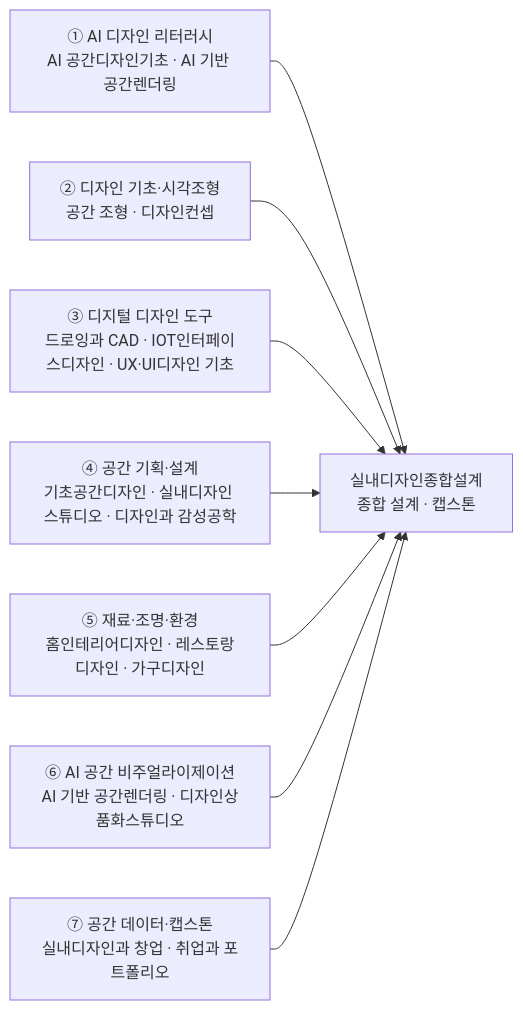
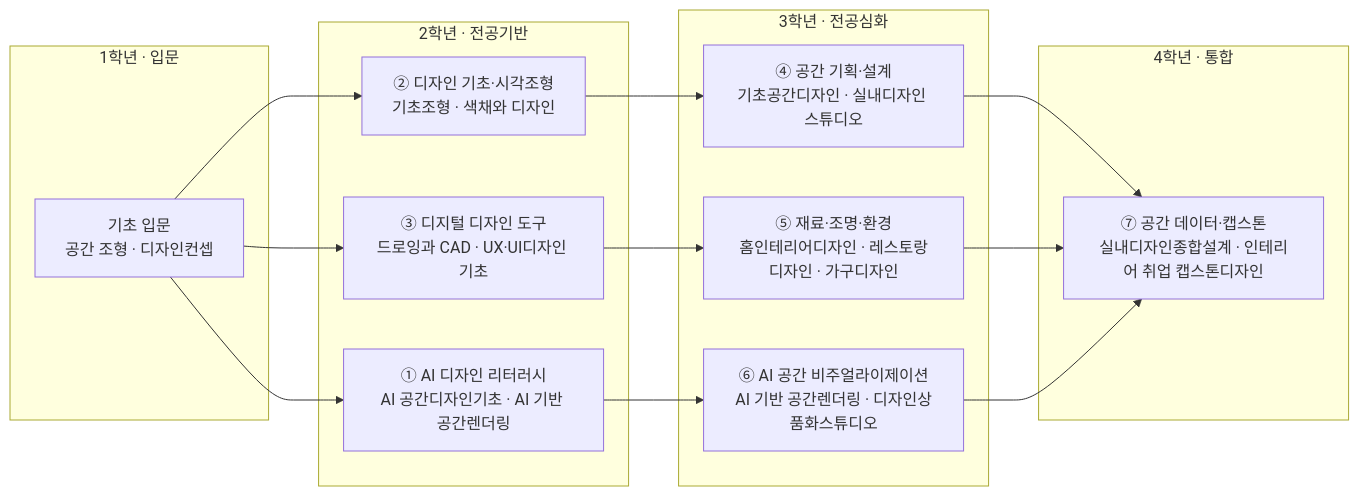
One commit to parclab-hsu/ai-curriculum-2026 changed the diagram in docs/design/interior-design.md. Above: the diagram before and after it, drawn with Mermaid. The commit also changed other lines of this file and 22 other files, not shown here.

First line of the commit message:
모듈 다이어그램 강화 — 1~4학년 로드맵 + 모듈-역량 매핑 (23개 트랙)

````diff
--- a/docs/design/interior-design.md
+++ b/docs/design/interior-design.md
@@ -110,11 +110,28 @@
 ```mermaid
 flowchart LR
-  M1["① AI 디자인 리터러시<br/>AI 공간디자인기초 · AI 기반 공간렌더링"] --> CAP
-  M2["② 디자인 기초·시각조형<br/>공간 조형 · 디자인컨셉"] --> CAP
-  M3["③ 디지털 디자인 도구<br/>드로잉과 CAD · IOT인터페이스디자인 · UX·UI디자인 기초"] --> CAP
-  M4["④ 공간 기획·설계<br/>기초공간디자인 · 실내디자인 스튜디오 · 디자인과 감성공학"] --> CAP
-  M5["⑤ 재료·조명·환경<br/>홈인테리어디자인 · 레스토랑디자인 · 가구디자인"] --> CAP
-  M6["⑥ AI 공간 비주얼라이제이션<br/>AI 기반 공간렌더링 · 디자인상품화스튜디오"] --> CAP
-  M7["⑦ 공간 데이터·캡스톤<br/>실내디자인과 창업 · 취업과 포트폴리오"] --> CAP
-  CAP["실내디자인종합설계<br/>종합 설계 · 캡스톤"]
+  subgraph Y1["1학년 · 입문"]
+    A0["기초 입문<br/>공간 조형 · 디자인컨셉"]
+  end
+  subgraph Y2["2학년 · 전공기반"]
+    M1["① AI 디자인 리터러시<br/>AI 공간디자인기초 · AI 기반 공간렌더링"]
+    M2["② 디자인 기초·시각조형<br/>기초조형 · 색채와 디자인"]
+    M3["③ 디지털 디자인 도구<br/>드로잉과 CAD · UX·UI디자인 기초"]
+  end
+  subgraph Y3["3학년 · 전공심화"]
+    M4["④ 공간 기획·설계<br/>기초공간디자인 · 실내디자인 스튜디오"]
+    M5["⑤ 재료·조명·환경<br/>홈인테리어디자인 · 레스토랑디자인 · 가구디자인"]
+    M6["⑥ AI 공간 비주얼라이제이션<br/>AI 기반 공간렌더링 · 디자인상품화스튜디오"]
+  end
+  subgraph Y4["4학년 · 통합"]
+    CAP["⑦ 공간 데이터·캡스톤<br/>실내디자인종합설계 · 인테리어 취업 캡스톤디자인"]
+  end
+  A0 --> M1
+  A0 --> M2
+  A0 --> M3
+  M2 --> M4
+  M3 --> M5
+  M1 --> M6
+  M4 --> CAP
+  M5 --> CAP
+  M6 --> CAP
 ```
````
